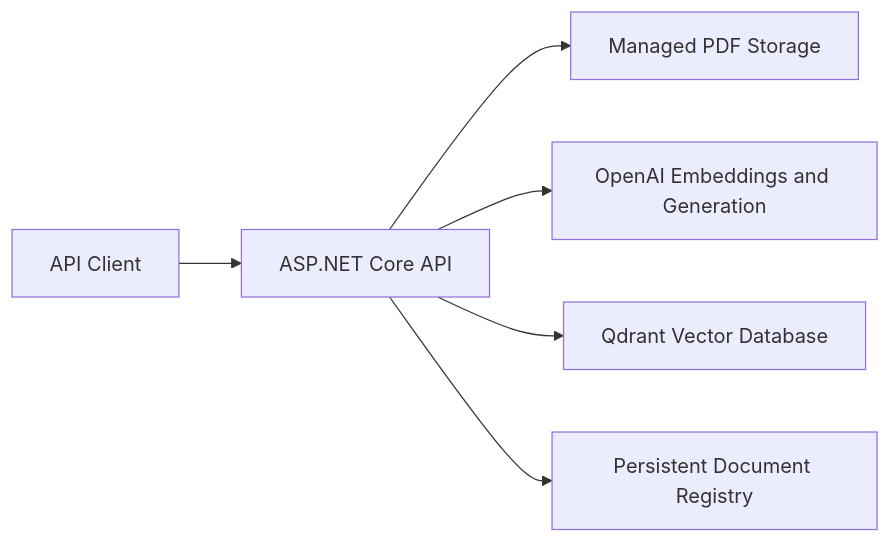
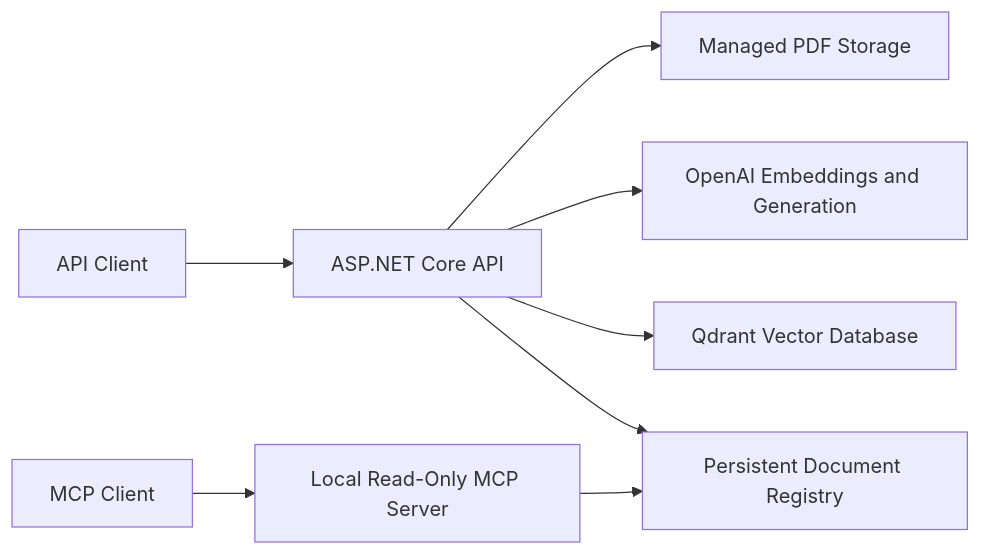
One commit to ElieSaberGit/enterprise-ai-knowledge-assistant-portfolio changed the diagram in README.md. Above: the diagram before and after it, drawn with Mermaid. The commit also changed other lines of this file, not shown here.

Commit message:
Document governed approval and MCP evidence

````diff
--- a/README.md
+++ b/README.md
@@ -23,8 +23,10 @@
 ```mermaid
 flowchart LR
     Client[API Client] --> API[ASP.NET Core API]
+    MCPClient[MCP Client] --> MCP[Local Read-Only MCP Server]
     API --> Files[Managed PDF Storage]
     API --> OpenAI[OpenAI Embeddings and Generation]
     API --> Qdrant[Qdrant Vector Database]
     API --> Registry[Persistent Document Registry]
+    MCP --> Registry
 ```
````
